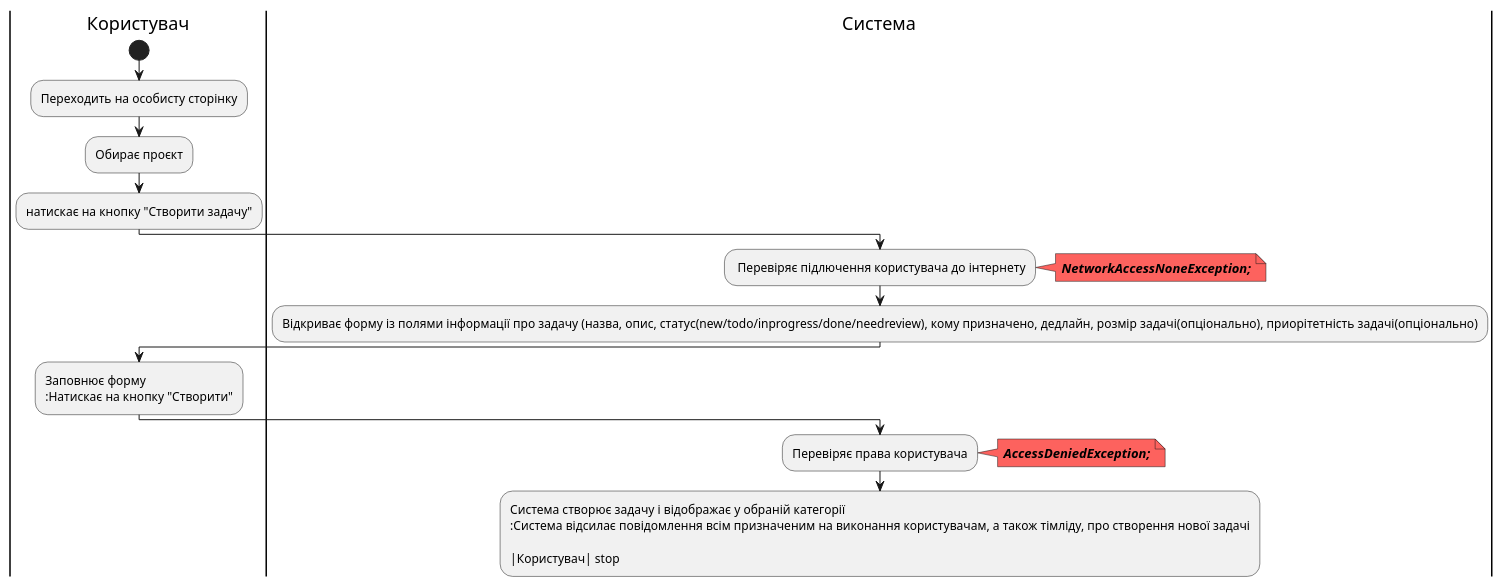
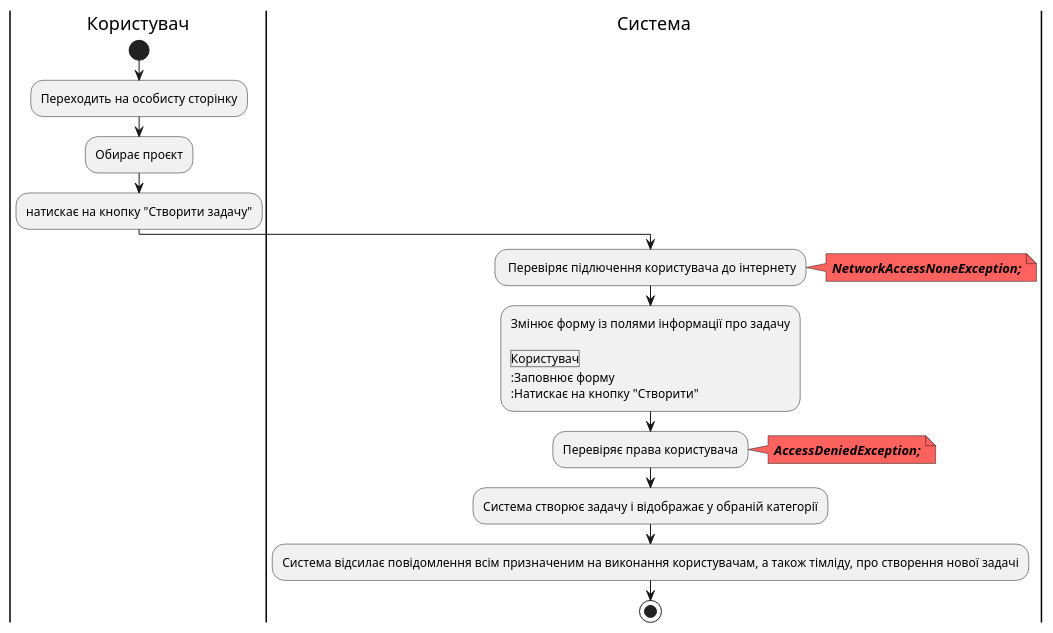
The eighth of 19 diagrams in docs/use cases/README.md (stbestichhh/db_project-manager), drawn with PlantUML before and after one commit. The commit also changed other lines of this file, not shown here.

Commit message:
Fixed diagram

```diff
--- a/docs/use cases/README.md
+++ b/docs/use cases/README.md
@@ -290,28 +290,28 @@
 @startuml
 |Користувач|
 start;
 :Переходить на особисту сторінку;
 :Обирає проєкт;
 :натискає на кнопку "Створити задачу";
 
 |Система|
 : Перевіряє підлючення користувача до інтернету;
 note right #fd625e
 <b><i>NetworkAccessNoneException;
 end note
-:Відкриває форму із полями інформації про задачу (назва, опис, статус(new/todo/inprogress/done/needreview), кому призначено, дедлайн, розмір задачі(опціонально), приорітетність задачі(опціонально);
+:Змінює форму із полями інформації про задачу
 
 |Користувач|
 :Заповнює форму
 :Натискає на кнопку "Створити";
 
 |Система|
 :Перевіряє права користувача;
 note right #fd625e
 <b><i>AccessDeniedException;
 end note
-:Система створює задачу і відображає у обраній категорії
-:Система відсилає повідомлення всім призначеним на виконання користувачам, а також тімліду, про створення нової задачі
+:Система створює задачу і відображає у обраній категорії;
+:Система відсилає повідомлення всім призначеним на виконання користувачам, а також тімліду, про створення нової задачі;
+stop;
 
-|Користувач| stop;
 @enduml
```
